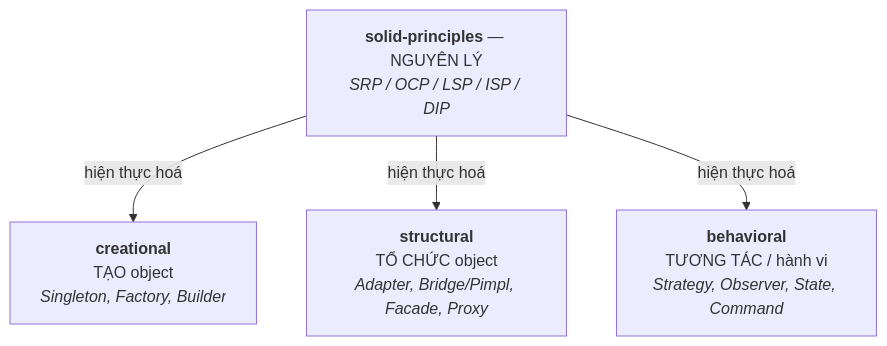
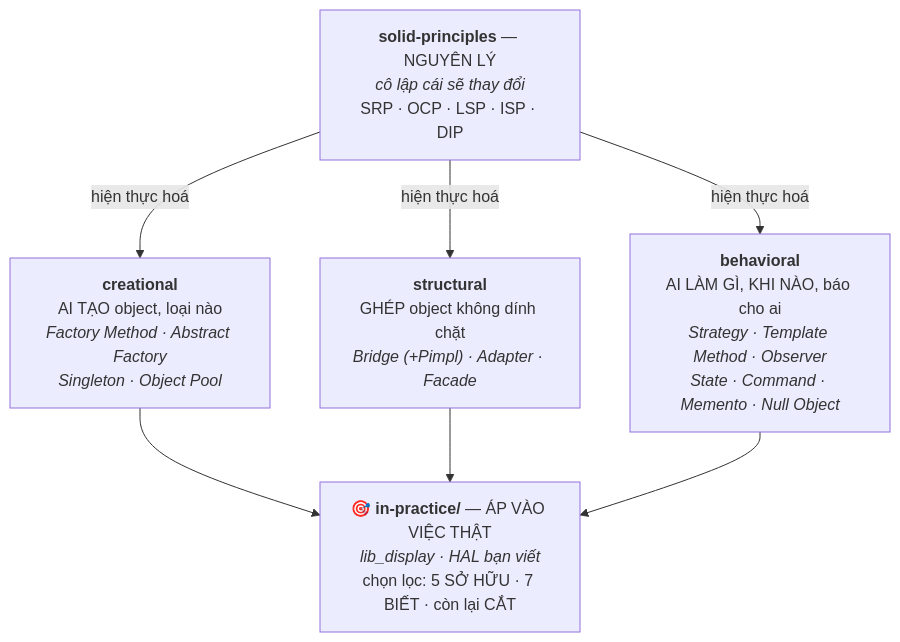
One commit to gia0901/Embedded-Knowledge changed the diagram in 11-design-patterns/README.md. Above: the diagram before and after it, drawn with Mermaid. The commit also changed other lines of this file and 11 other files, not shown here.

````diff
--- a/11-design-patterns/README.md
+++ b/11-design-patterns/README.md
@@ -9,7 +11,10 @@
 ```mermaid
 flowchart TD
-    S["<b>solid-principles</b> — NGUYÊN LÝ<br/><i>SRP / OCP / LSP / ISP / DIP</i>"]
-    S -->|"hiện thực hoá"| C["<b>creational</b><br/>TẠO object<br/><i>Singleton, Factory, Builder</i>"]
-    S -->|"hiện thực hoá"| ST["<b>structural</b><br/>TỔ CHỨC object<br/><i>Adapter, Bridge/Pimpl, Facade, Proxy</i>"]
-    S -->|"hiện thực hoá"| B["<b>behavioral</b><br/>TƯƠNG TÁC / hành vi<br/><i>Strategy, Observer, State, Command</i>"]
+    S["<b>solid-principles</b> — NGUYÊN LÝ<br/><i>cô lập cái sẽ thay đổi</i><br/>SRP · OCP · LSP · ISP · DIP"]
+    S -->|"hiện thực hoá"| C["<b>creational</b><br/>AI TẠO object, loại nào<br/><i>Factory Method · Abstract Factory<br/>Singleton · Object Pool</i>"]
+    S -->|"hiện thực hoá"| ST["<b>structural</b><br/>GHÉP object không dính chặt<br/><i>Bridge (+Pimpl) · Adapter · Facade</i>"]
+    S -->|"hiện thực hoá"| B["<b>behavioral</b><br/>AI LÀM GÌ, KHI NÀO, báo cho ai<br/><i>Strategy · Template Method · Observer<br/>State · Command · Memento · Null Object</i>"]
+    C --> P["🎯 <b>in-practice/</b> — ÁP VÀO VIỆC THẬT<br/><i>lib_display · HAL bạn viết</i><br/>chọn lọc: 5 SỞ HỮU · 7 BIẾT · còn lại CẮT"]
+    ST --> P
+    B --> P
 ```
````
